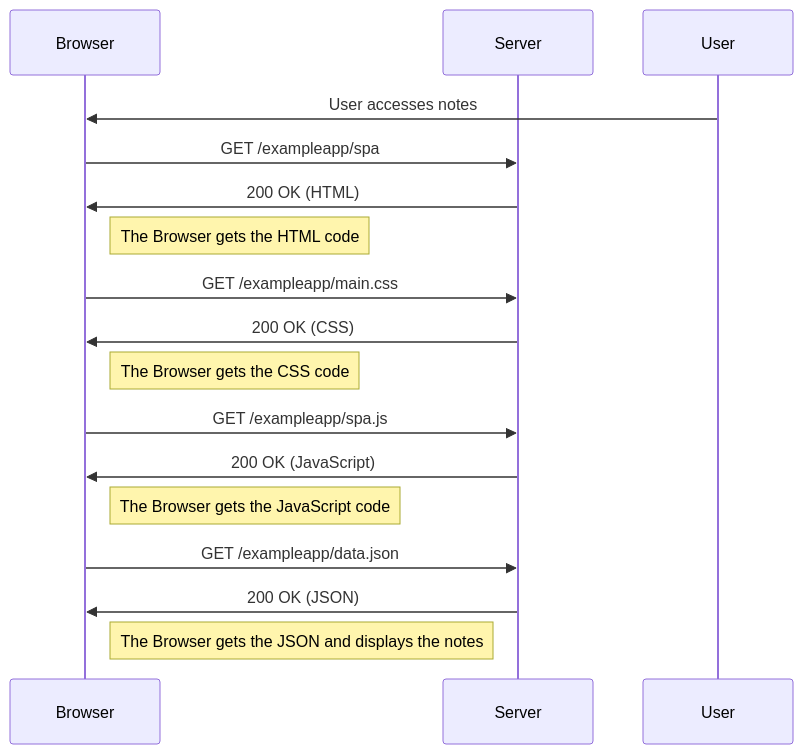
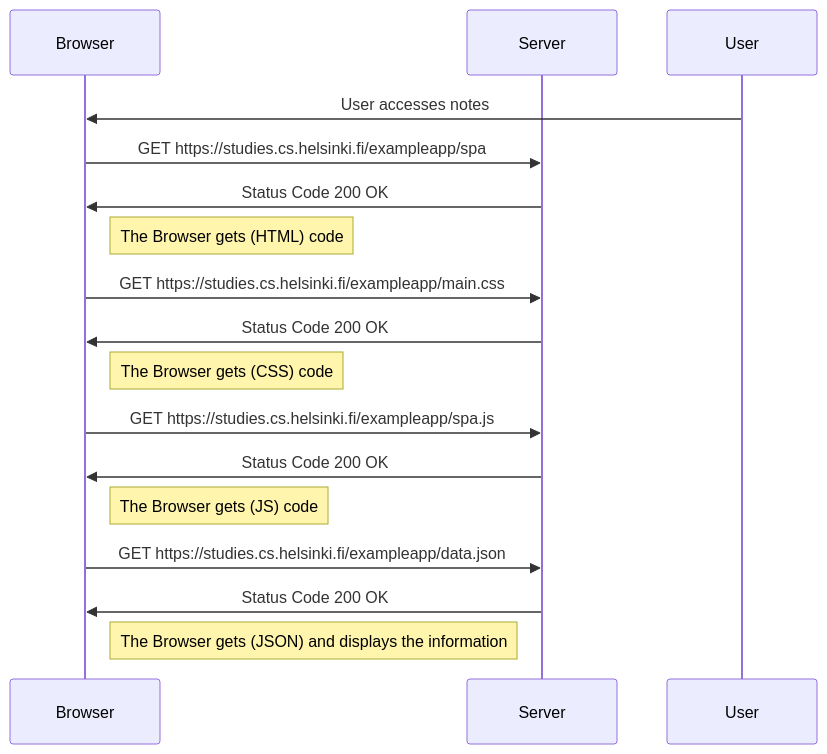
One commit to SunJoon05/fullstack-open-2024 changed the diagram in part0/exercise-05-diagram.md. Above: the diagram before and after it, drawn with Mermaid.

Commit message:
update exercise diagram-05

````diff
--- a/part0/exercise-05-diagram.md
+++ b/part0/exercise-05-diagram.md
@@ -3,26 +3,25 @@
 ```mermaid
 sequenceDiagram
 
     participant Browser
     participant Server
     participant User
 
     User->>Browser: User accesses notes
 
-    Browser->>Server: GET /exampleapp/spa
-    Server->>Browser: 200 OK (HTML)
-    Note right of Browser: The Browser gets the HTML code
+    Browser->>Server: GET https://studies.cs.helsinki.fi/exampleapp/spa
+    Server->>Browser: Status Code 200 OK
+    Note right of Browser: The Browser gets (HTML) code
 
-    Browser->>Server: GET /exampleapp/main.css
-    Server->>Browser: 200 OK (CSS)
-    Note right of Browser: The Browser gets the CSS code
+    Browser->>Server: GET https://studies.cs.helsinki.fi/exampleapp/main.css
+    Server->>Browser: Status Code 200 OK
+    Note right of Browser: The Browser gets (CSS) code
 
-    Browser->>Server: GET /exampleapp/spa.js
-    Server->>Browser: 200 OK (JavaScript)
-    Note right of Browser: The Browser gets the JavaScript code
+    Browser->>Server: GET https://studies.cs.helsinki.fi/exampleapp/spa.js
+    Server->>Browser: Status Code 200 OK
+    Note right of Browser: The Browser gets (JS) code
 
-    Browser->>Server: GET /exampleapp/data.json
-    Server->>Browser: 200 OK (JSON)
-    Note right of Browser: The Browser gets the JSON and displays the notes
-
+    Browser->>Server: GET https://studies.cs.helsinki.fi/exampleapp/data.json
+    Server->>Browser: Status Code 200 OK
+    Note right of Browser: The Browser gets (JSON) and displays the information
 ```
````
